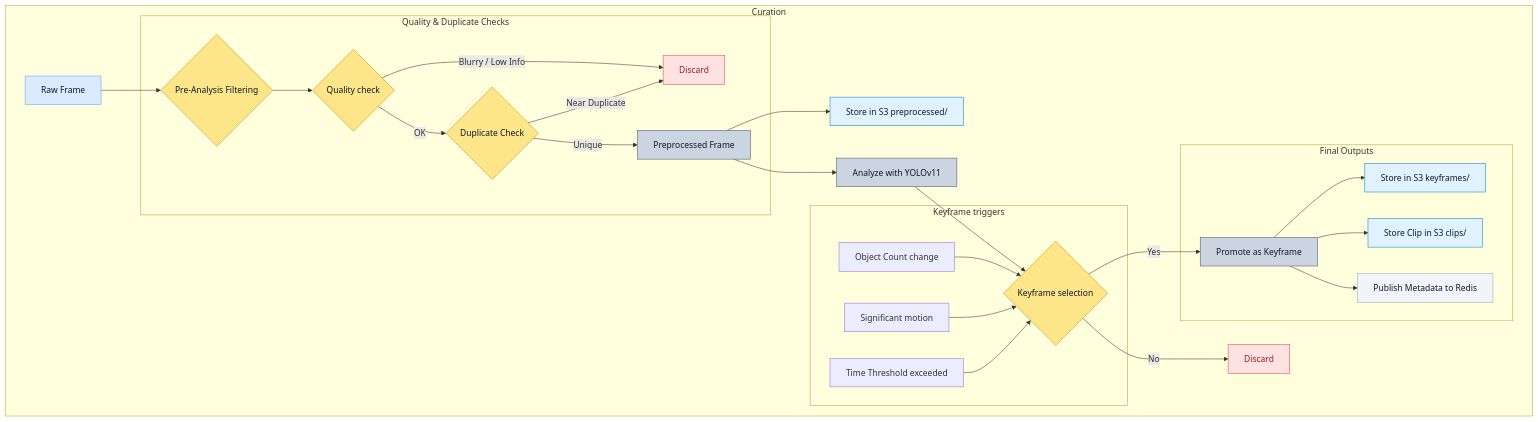
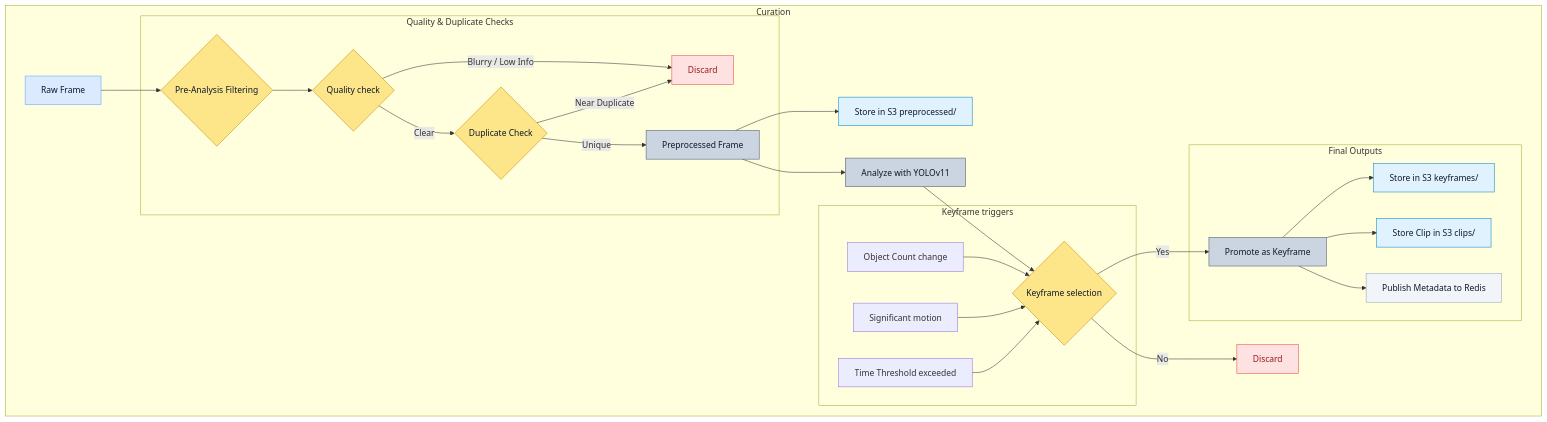
Before and after one commit to chpark22/test: the diagram in Curation (1).mmd, drawn with Mermaid.

Commit message:
Update quality check label from 'OK' to 'Clear'

```diff
--- a/Curation (1).mmd
+++ b/Curation (1).mmd
@@ -1,57 +1,57 @@
 %% ==========================================
 %% Curation & Analysis Pipeline
 %% ==========================================
 graph TD
 
     %% ---- Main Pipeline ----
     subgraph "Curation"
 
         A[Raw Frame] --> B{Pre-Analysis Filtering};
 
         %% ---- Quality & Duplicate Checks ----
         subgraph "Quality & Duplicate Checks"
             B --> Q1{Quality check};
             Q1 -- "Blurry / Low Info" --> D[Discard];
-            Q1 -- "OK" --> Q2{Duplicate Check};
+            Q1 -- "Clear" --> Q2{Duplicate Check};
             Q2 -- "Near Duplicate" --> D;
             Q2 -- "Unique" --> P[Preprocessed Frame];
         end
 
         P --> S1[Store in S3 preprocessed/];
         P --> C[Analyze with YOLOv11];
 
         C --> K{Keyframe selection};
 
         %% ---- Keyframe Triggers ----
         subgraph "Keyframe triggers"
             T1[Object Count change] --> K;
             T2[Significant motion] --> K;
             T3[Time Threshold exceeded] --> K;
         end
 
         K -- "Yes" --> KF[Promote as Keyframe];
         K -- "No" --> K_Discard[Discard];
 
         %% ---- Final Outputs ----
         subgraph "Final Outputs"
             KF --> S2[Store in S3 keyframes/];
             KF --> S3[Store Clip in S3 clips/];
             KF --> M[Publish Metadata to Redis];
         end
     end
 
     %% ---- Styling ----
     classDef input fill:#dbeafe,stroke:#60a5fa,color:#0f172a;
     classDef process fill:#cbd5e1,stroke:#475569,color:#0f172a;
     classDef decision fill:#fde68a,stroke:#ca8a04,color:#0f172a;
     classDef output fill:#f1f5f9,stroke:#94a3b8,color:#0f172a;
     classDef discard fill:#fee2e2,stroke:#ef4444,color:#991b1b;
     classDef store fill:#e0f2fe,stroke:#0284c7,color:#0f172a;
 
     class A input;
     class B decision;
     class Q1,Q2,K decision;
     class P,C,KF process;
     class D,K_Discard discard;
     class S1,S2,S3 store;
     class M output;
```
